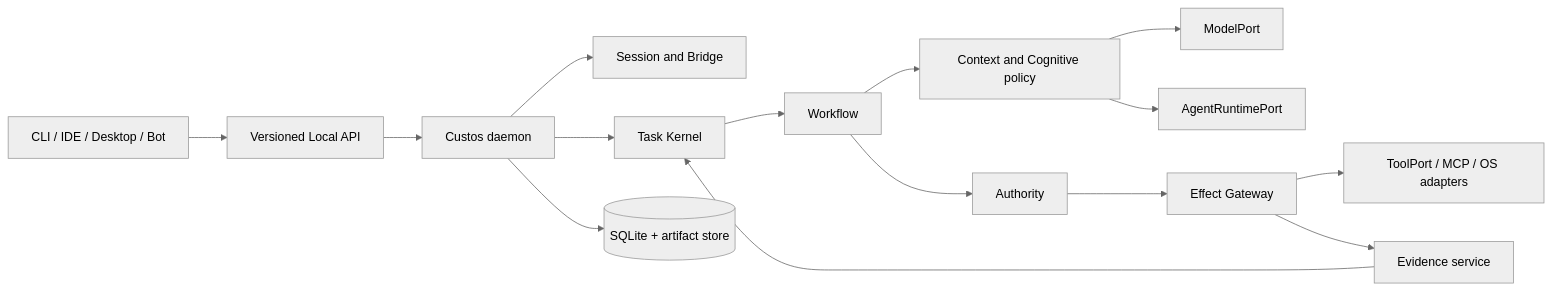
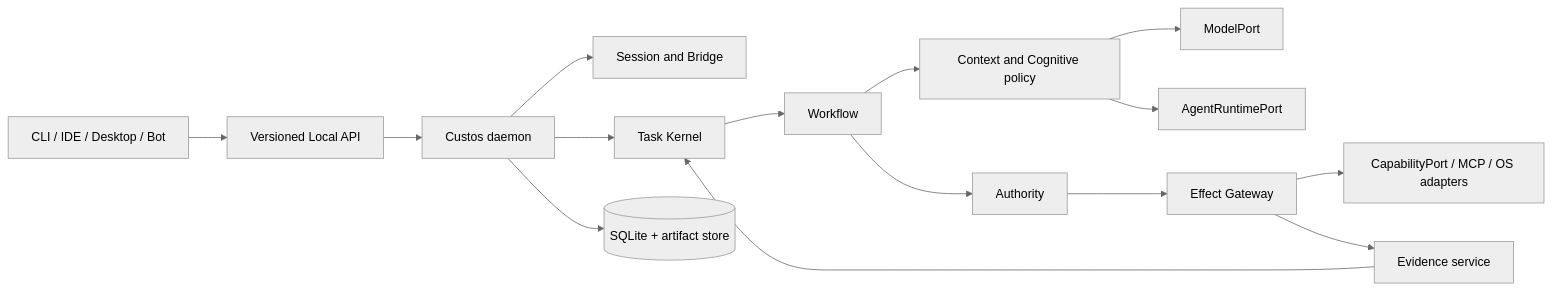
Before and after one commit to civi0411/Custos: the first of 4 diagrams in docs/architecture/runtime-flows.md, drawn with Mermaid (neutral theme). The commit also changed other lines of this file and 8 other files, not shown here.

Commit message:
docs: establish canonical architecture and repository topology

````diff
--- a/docs/architecture/runtime-flows.md
+++ b/docs/architecture/runtime-flows.md
@@ -9,17 +9,17 @@
 ```mermaid
 flowchart LR
   U[CLI / IDE / Desktop / Bot] --> API[Versioned Local API]
   API --> D[Custos daemon]
   D --> S[Session and Bridge]
   D --> K[Task Kernel]
   K --> W[Workflow]
   W --> C[Context and Cognitive policy]
   C --> MP[ModelPort]
   C --> AR[AgentRuntimePort]
   W --> AU[Authority]
   AU --> EG[Effect Gateway]
-  EG --> TP[ToolPort / MCP / OS adapters]
+  EG --> TP[CapabilityPort / MCP / OS adapters]
   EG --> EV[Evidence service]
   EV --> K
   D --> DB[(SQLite + artifact store)]
 ```
````
